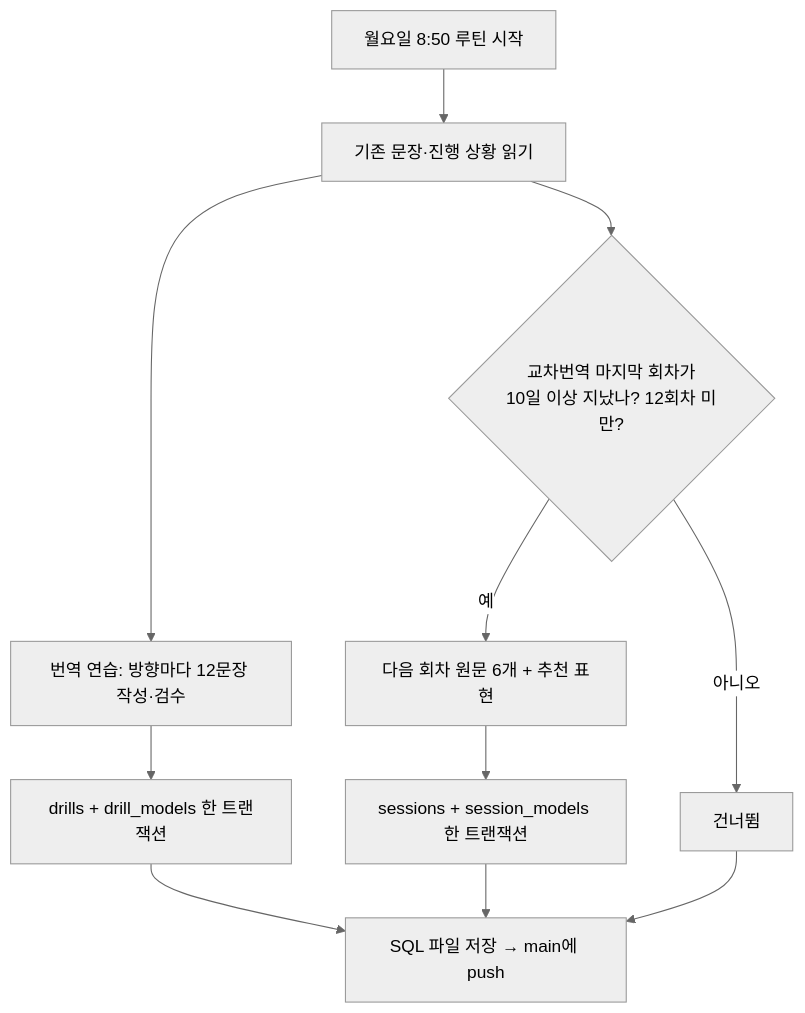
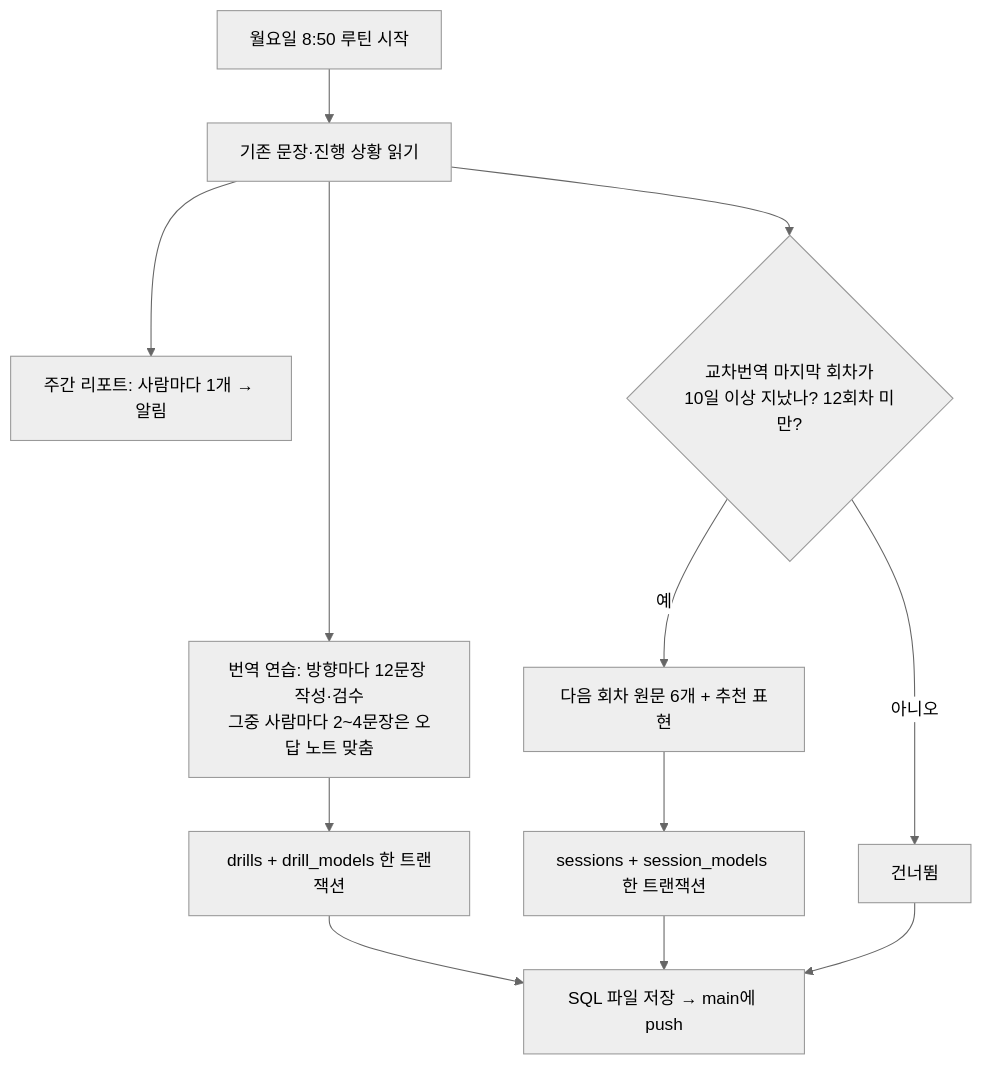
Before and after one commit to GooseyBee/root-register: the diagram in notes/routines/weekly-content.md, drawn with Mermaid (neutral theme). The commit also changed other lines of this file and 6 other files, not shown here.

````diff
--- a/notes/routines/weekly-content.md
+++ b/notes/routines/weekly-content.md
@@ -9,13 +9,14 @@
 ```mermaid
 flowchart TD
   S[월요일 8:50 루틴 시작] --> R[기존 문장·진행 상황 읽기]
-  R --> D[번역 연습: 방향마다 12문장 작성·검수]
+  R --> D[번역 연습: 방향마다 12문장 작성·검수<br/>그중 사람마다 2~4문장은 오답 노트 맞춤]
+  R --> RP[주간 리포트: 사람마다 1개 → 알림]
   D --> I1[drills + drill_models 한 트랜잭션]
   R --> Q{교차번역 마지막 회차가<br/>10일 이상 지났나? 12회차 미만?}
   Q -->|예| X[다음 회차 원문 6개 + 추천 표현]
   X --> I2[sessions + session_models 한 트랜잭션]
   Q -->|아니오| K[건너뜀]
   I1 --> F[SQL 파일 저장 → main에 push]
   I2 --> F
   K --> F
 ```
````
